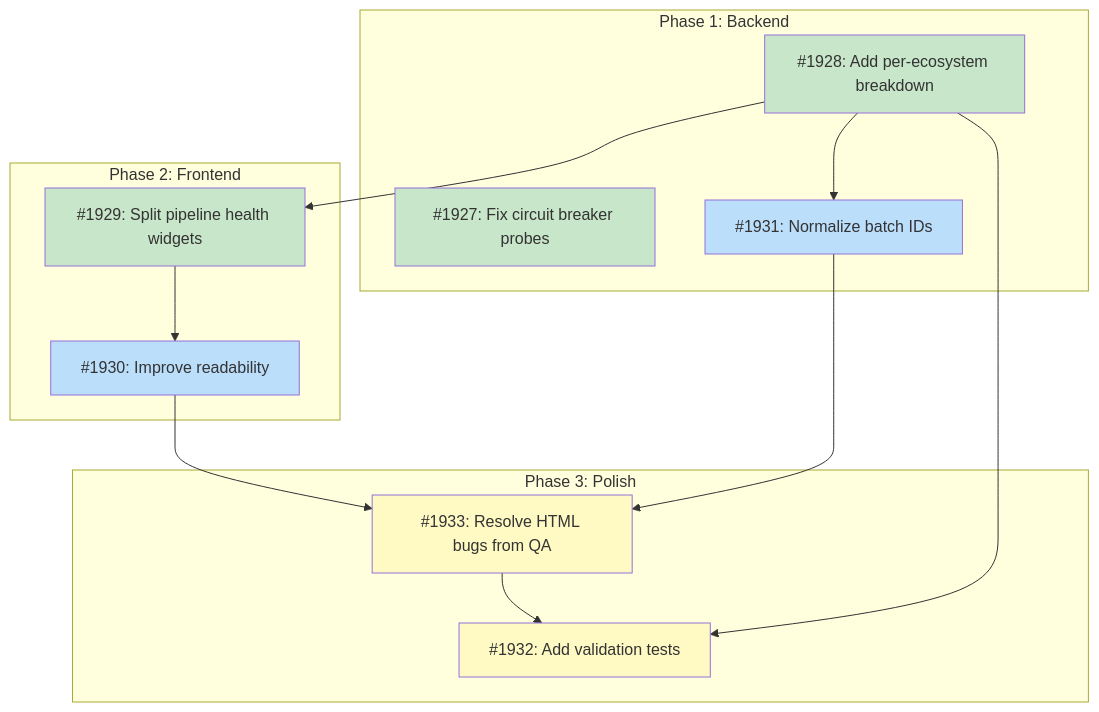
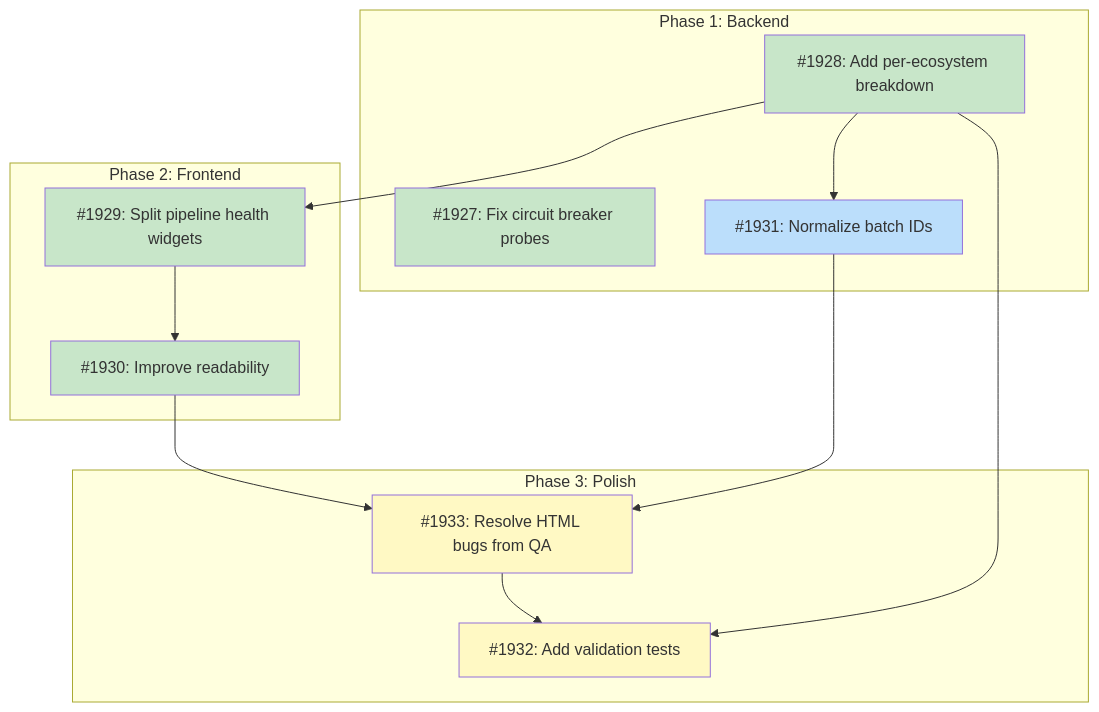
Before and after one commit to tsukumogami/tsuku: the diagram in docs/designs/DESIGN-pipeline-dashboard-overhaul.md, drawn with Mermaid. The commit also changed other lines of this file and 1 other file, not shown here.

Commit message:
docs(#1930): mark readability improvements as complete in design doc

````diff
--- a/docs/designs/DESIGN-pipeline-dashboard-overhaul.md
+++ b/docs/designs/DESIGN-pipeline-dashboard-overhaul.md
@@ -55,36 +55,36 @@
 ```mermaid
 graph TD
     subgraph Phase1["Phase 1: Backend"]
         I1927["#1927: Fix circuit breaker probes"]
         I1928["#1928: Add per-ecosystem breakdown"]
         I1931["#1931: Normalize batch IDs"]
     end
 
     subgraph Phase2["Phase 2: Frontend"]
         I1929["#1929: Split pipeline health widgets"]
         I1930["#1930: Improve readability"]
     end
 
     subgraph Phase3["Phase 3: Polish"]
         I1933["#1933: Resolve HTML bugs from QA"]
         I1932["#1932: Add validation tests"]
     end
 
     I1928 --> I1929
     I1928 --> I1931
     I1928 --> I1932
     I1929 --> I1930
     I1930 --> I1933
     I1931 --> I1933
     I1933 --> I1932
 
     classDef done fill:#c8e6c9
     classDef ready fill:#bbdefb
     classDef blocked fill:#fff9c4
     classDef needsDesign fill:#e1bee7
     classDef tracksDesign fill:#FFE0B2,stroke:#F57C00,color:#000
 
-    class I1927,I1928,I1929 done
-    class I1931,I1930 ready
+    class I1927,I1928,I1929,I1930 done
+    class I1931 ready
     class I1933,I1932 blocked
 ```
````
